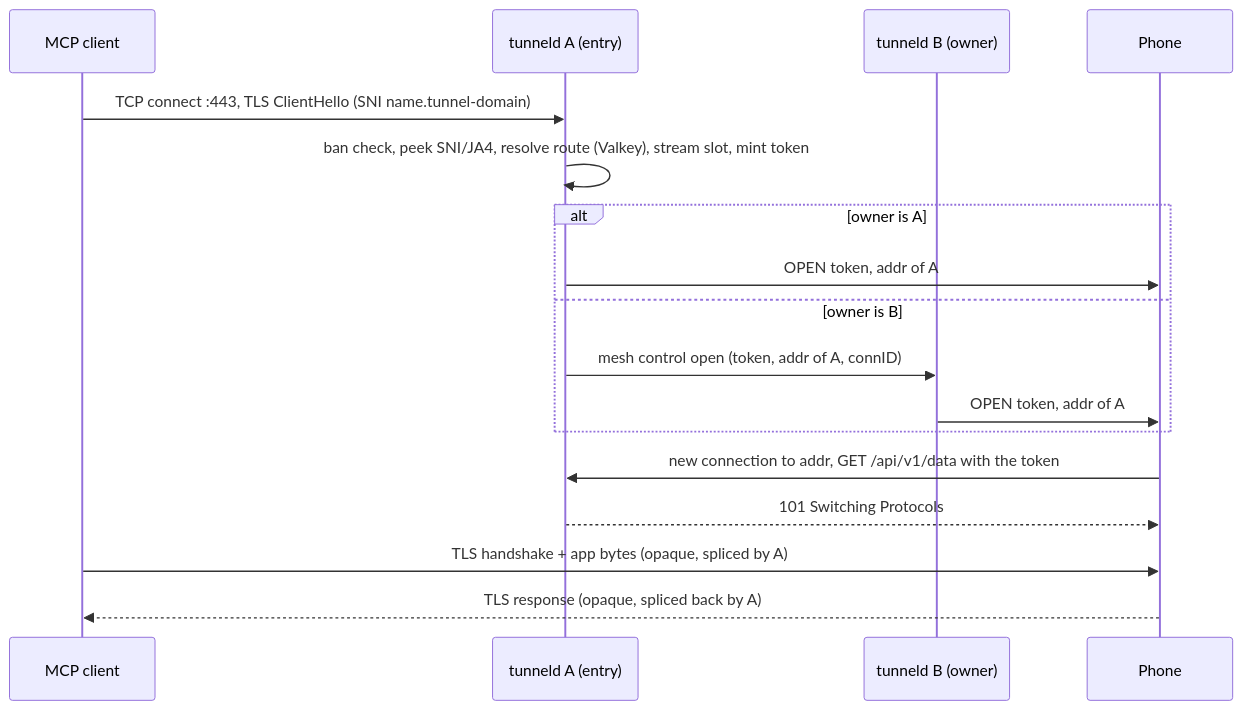
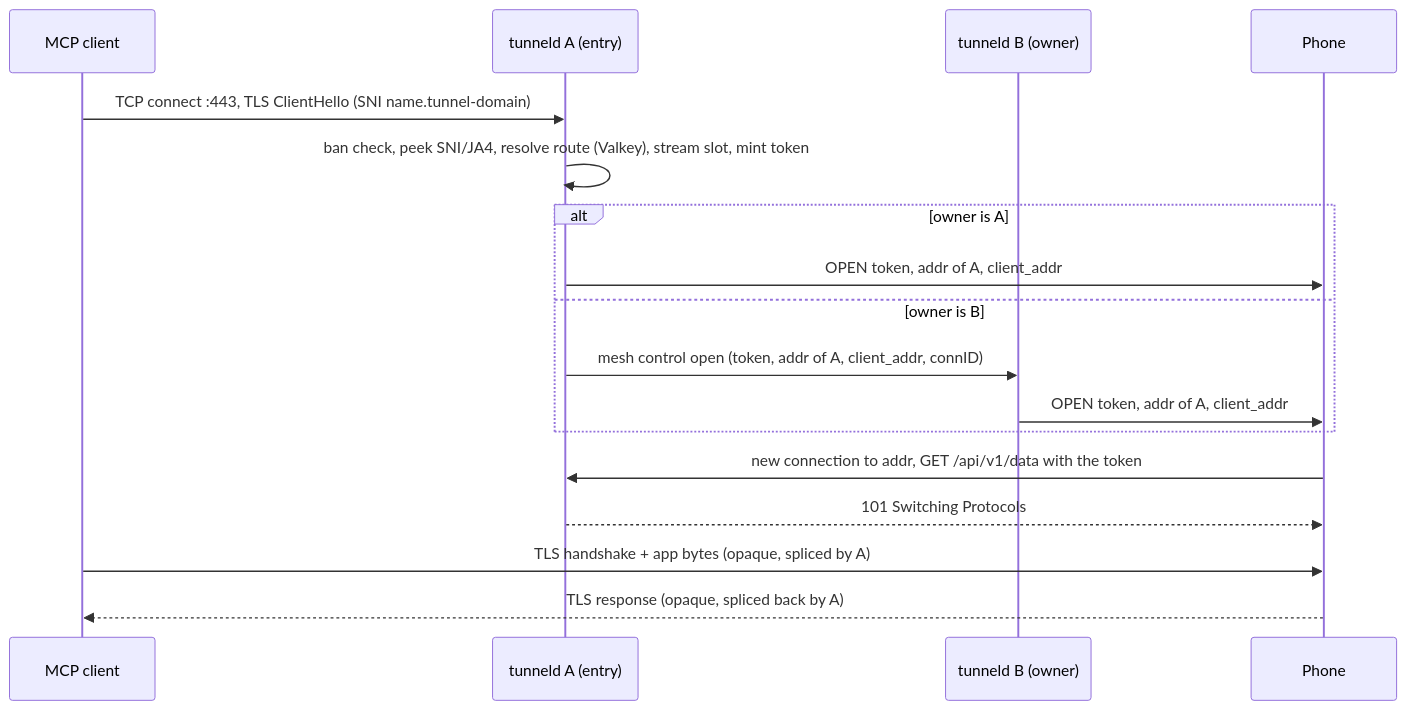
One commit to danielealbano/android-remote-control-mcp-tunneld changed the second of 3 diagrams in docs/ARCHITECTURE.md. Above: the diagram before and after it, drawn with Mermaid. The commit also changed 2 other files, not shown here.

Commit message:
docs(docs): specify client_addr as a required OPEN field
Phones must also ignore control-payload fields they do not know, which the
spec did not say and which is why phones built before this field keep working.

````diff
--- a/docs/ARCHITECTURE.md
+++ b/docs/ARCHITECTURE.md
@@ -82,19 +82,19 @@
 ```mermaid
 sequenceDiagram
     participant C as MCP client
     participant A as tunneld A (entry)
     participant B as tunneld B (owner)
     participant P as Phone
     C->>A: TCP connect :443, TLS ClientHello (SNI name.tunnel-domain)
     A->>A: ban check, peek SNI/JA4, resolve route (Valkey), stream slot, mint token
     alt owner is A
-        A->>P: OPEN token, addr of A
+        A->>P: OPEN token, addr of A, client_addr
     else owner is B
-        A->>B: mesh control open (token, addr of A, connID)
-        B->>P: OPEN token, addr of A
+        A->>B: mesh control open (token, addr of A, client_addr, connID)
+        B->>P: OPEN token, addr of A, client_addr
     end
     P->>A: new connection to addr, GET /api/v1/data with the token
     A-->>P: 101 Switching Protocols
     C->>P: TLS handshake + app bytes (opaque, spliced by A)
     P-->>C: TLS response (opaque, spliced back by A)
 ```
````
